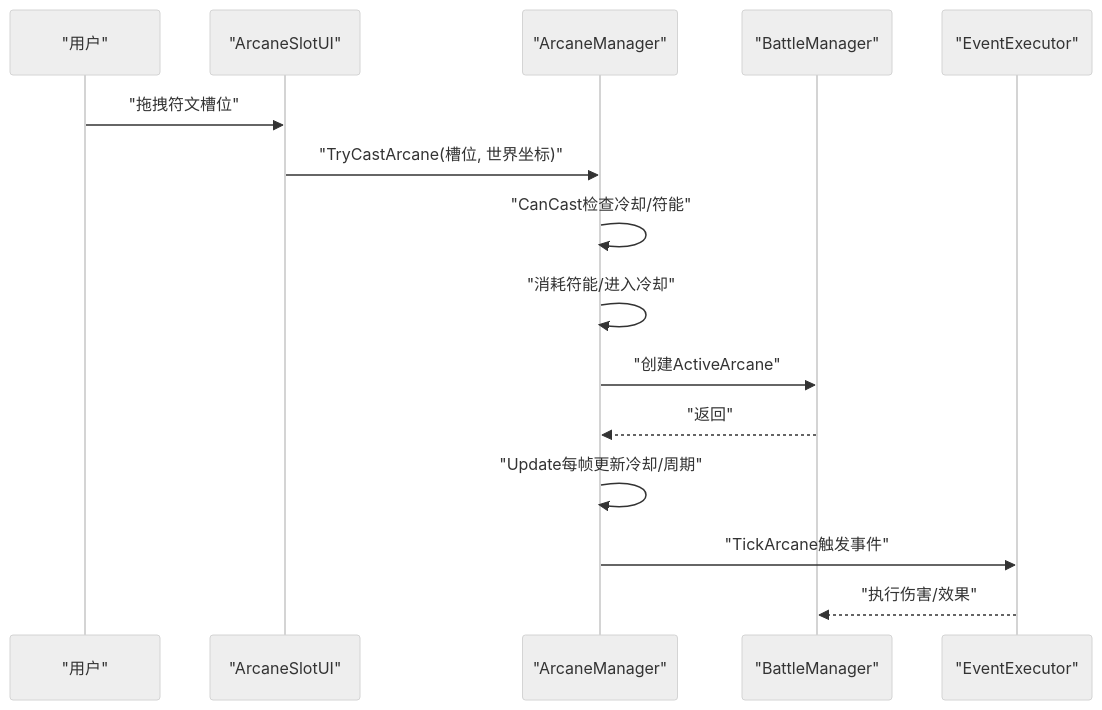
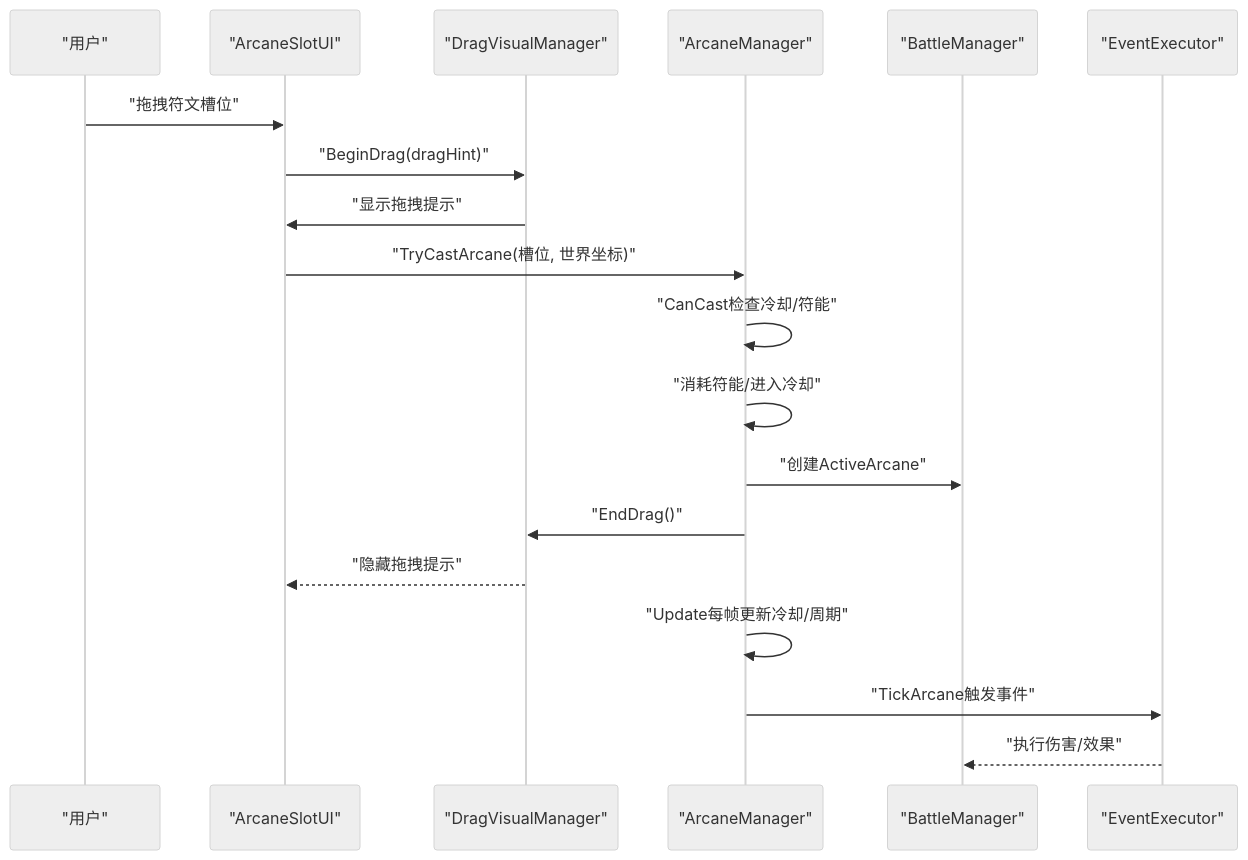
Before and after one commit to Tuusen/p1_client: the second of 8 diagrams in .qoder/repowiki/zh/content/奥术系统/奥术系统.md, drawn with Mermaid (neutral theme). The commit also changed other lines of this file and 25 other files, not shown here.

````diff
--- a/.qoder/repowiki/zh/content/奥术系统/奥术系统.md
+++ b/.qoder/repowiki/zh/content/奥术系统/奥术系统.md
@@ -116,17 +144,21 @@
 ```mermaid
 sequenceDiagram
 participant U as "用户"
 participant UI as "ArcaneSlotUI"
+participant DV as "DragVisualManager"
 participant AM as "ArcaneManager"
 participant BM as "BattleManager"
 participant E as "EventExecutor"
 U->>UI : "拖拽符文槽位"
+UI->>DV : "BeginDrag(dragHint)"
+DV->>UI : "显示拖拽提示"
 UI->>AM : "TryCastArcane(槽位, 世界坐标)"
 AM->>AM : "CanCast检查冷却/符能"
 AM->>AM : "消耗符能/进入冷却"
 AM->>BM : "创建ActiveArcane"
-BM-->>AM : "返回"
+AM->>DV : "EndDrag()"
+DV-->>UI : "隐藏拖拽提示"
 AM->>AM : "Update每帧更新冷却/周期"
 AM->>E : "TickArcane触发事件"
 E-->>BM : "执行伤害/效果"
 ```
````
